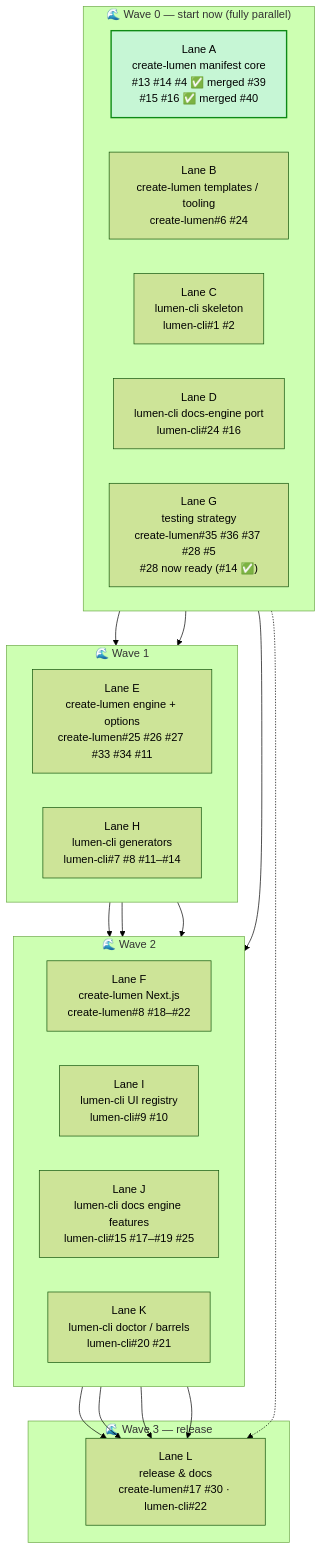
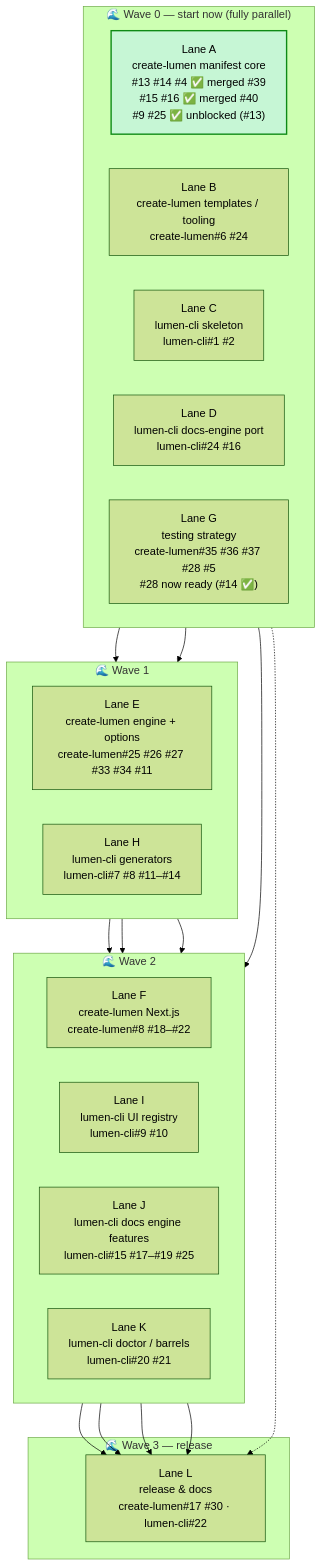
Before and after one commit to LUMEN-SH/create-lumen: the third of 5 diagrams in docs/PLAN.md, drawn with Mermaid (forest theme).

Commit message:
docs: add missing Wave 0 issues (#9, #25) to dependency graph and wave diagram

````diff
--- a/docs/PLAN.md
+++ b/docs/PLAN.md
@@ -127,42 +127,42 @@
 ```mermaid
 flowchart TB
     subgraph W0["🌊 Wave 0 — start now (fully parallel)"]
         direction LR
-        LaneA["Lane A<br/>create-lumen manifest core<br/>#13 #14 #4 ✅ merged #39<br/>#15 #16 ✅ merged #40"]
+        LaneA["Lane A<br/>create-lumen manifest core<br/>#13 #14 #4 ✅ merged #39<br/>#15 #16 ✅ merged #40<br/>#9 #25 ✅ unblocked (#13)"]
         LaneB["Lane B<br/>create-lumen templates / tooling<br/>create-lumen#6 #24"]
         LaneC["Lane C<br/>lumen-cli skeleton<br/>lumen-cli#1 #2"]
         LaneD["Lane D<br/>lumen-cli docs-engine port<br/>lumen-cli#24 #16"]
         LaneG["Lane G<br/>testing strategy<br/>create-lumen#35 #36 #37 #28 #5<br/>#28 now ready (#14 ✅)"]
     end
 
     subgraph W1["🌊 Wave 1"]
         direction LR
         LaneE["Lane E<br/>create-lumen engine + options<br/>create-lumen#25 #26 #27 #33 #34 #11"]
         LaneH["Lane H<br/>lumen-cli generators<br/>lumen-cli#7 #8 #11–#14"]
     end
 
     subgraph W2["🌊 Wave 2"]
         direction LR
         LaneF["Lane F<br/>create-lumen Next.js<br/>create-lumen#8 #18–#22"]
         LaneI["Lane I<br/>lumen-cli UI registry<br/>lumen-cli#9 #10"]
         LaneJ["Lane J<br/>lumen-cli docs engine features<br/>lumen-cli#15 #17–#19 #25"]
         LaneK["Lane K<br/>lumen-cli doctor / barrels<br/>lumen-cli#20 #21"]
     end
 
     subgraph W3["🌊 Wave 3 — release"]
         LaneL["Lane L<br/>release &amp; docs<br/>create-lumen#17 #30 · lumen-cli#22"]
     end
 
     LaneA --> LaneE --> LaneF
     LaneC --> LaneH
     LaneH --> LaneI
     LaneH --> LaneK
     LaneD --> LaneJ
     LaneG -.-> LaneL
     LaneF --> LaneL
     LaneI --> LaneL
     LaneJ --> LaneL
     LaneK --> LaneL
 
     style LaneA fill:#c6f6d5,stroke:#0e8a16,stroke-width:2px
 ```
````
